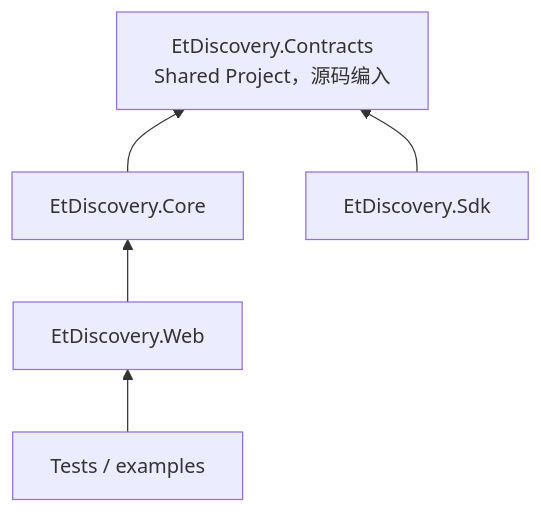
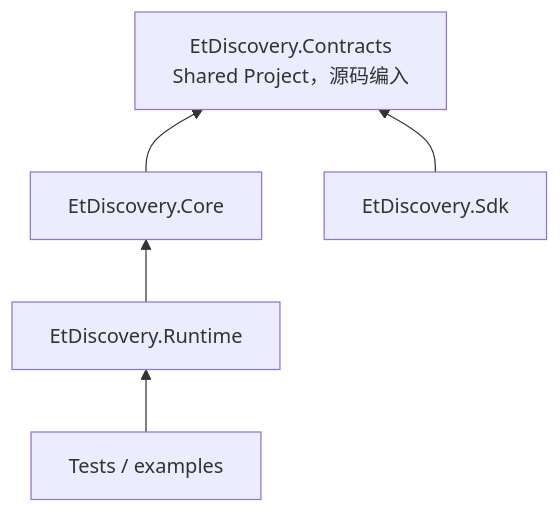
One commit to SwingCosmic/easytier-discovery changed the first of 2 diagrams in AGENTS.md. Above: the diagram before and after it, drawn with Mermaid. The commit also changed other lines of this file and 11 other files, not shown here.

````diff
--- a/AGENTS.md
+++ b/AGENTS.md
@@ -71,12 +71,12 @@
 ```mermaid
 flowchart BT
   Contracts["EtDiscovery.Contracts<br/>Shared Project，源码编入"]
   Core["EtDiscovery.Core"]
   Sdk["EtDiscovery.Sdk"]
-  Web["EtDiscovery.Web"]
+  Runtime["EtDiscovery.Runtime"]
   Tests["Tests / examples"]
   Core --> Contracts
   Sdk --> Contracts
-  Web --> Core
-  Tests --> Web
+  Runtime --> Core
+  Tests --> Runtime
 ```
````
